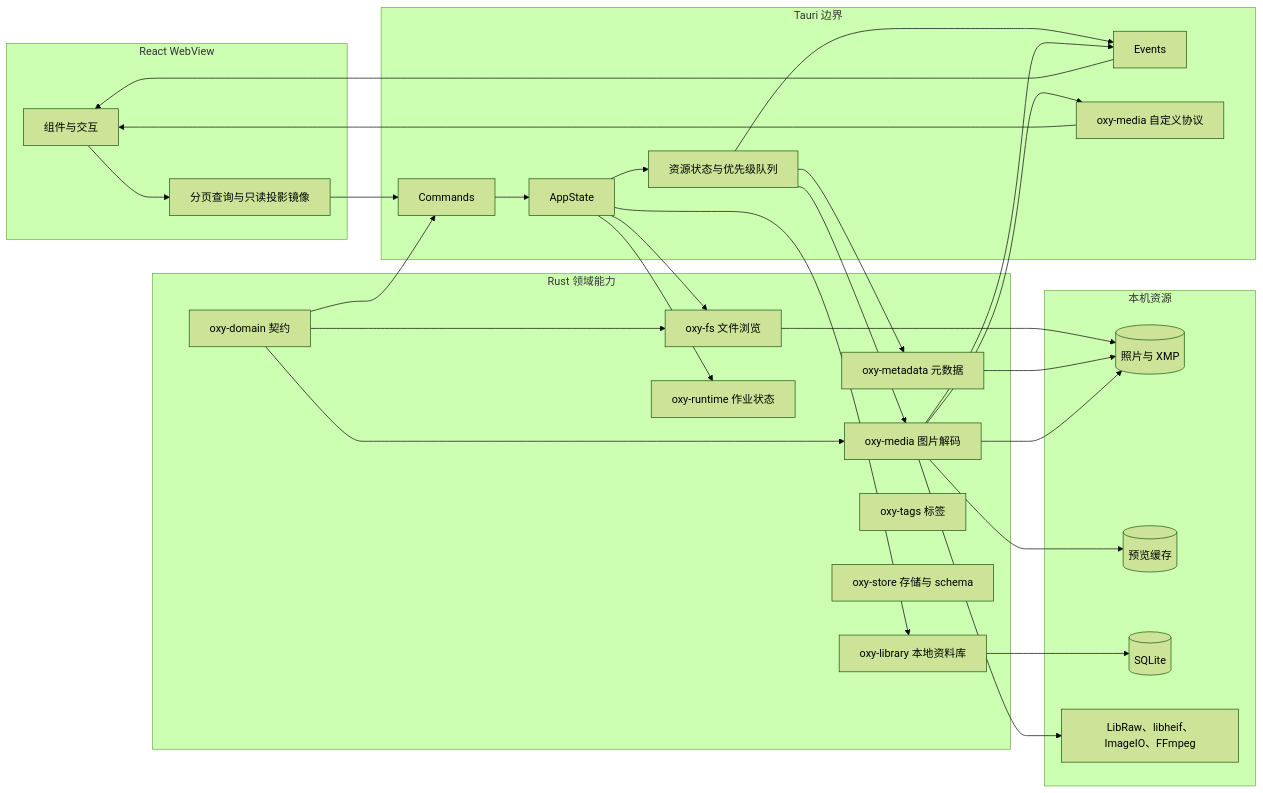
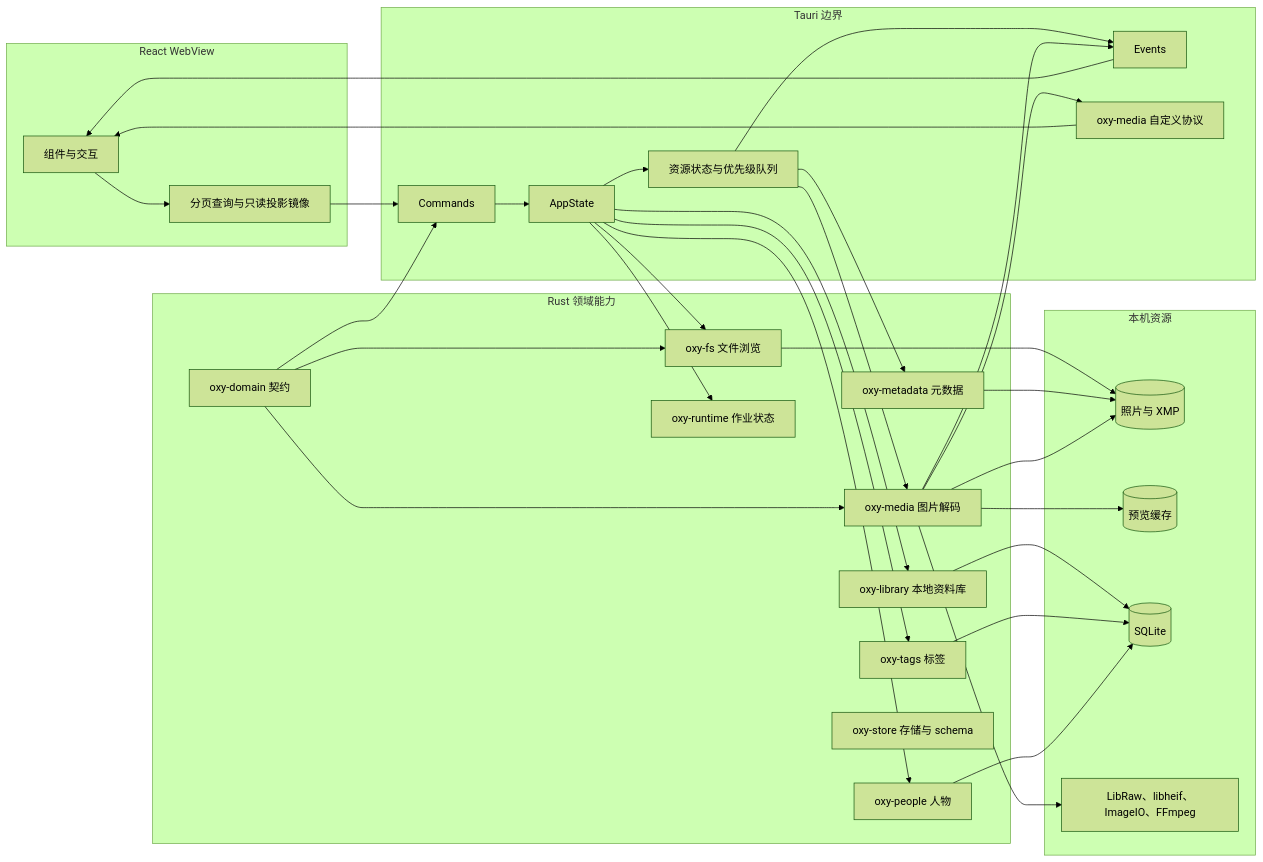
The first of 3 diagrams in docs/ARCHITECTURE.md (oxygenkun/oxyviewer), drawn with Mermaid (forest theme) before and after one commit. The commit also changed other lines of this file and 39 other files, not shown here.

````diff
--- a/docs/ARCHITECTURE.md
+++ b/docs/ARCHITECTURE.md
@@ -77,57 +77,62 @@
 ```mermaid
 flowchart LR
     subgraph uiLayer["React WebView"]
         reactUi["组件与交互"]
         queryState["分页查询与只读投影镜像"]
     end
 
     subgraph bridgeLayer["Tauri 边界"]
         commands["Commands"]
         events["Events"]
         mediaProtocol["oxy-media 自定义协议"]
         appState["AppState"]
         resourceCoordinator["资源状态与优先级队列"]
     end
 
     subgraph coreLayer["Rust 领域能力"]
         domain["oxy-domain 契约"]
         fsCrate["oxy-fs 文件浏览"]
         mediaCrate["oxy-media 图片解码"]
         metadataCrate["oxy-metadata 元数据"]
         libraryCrate["oxy-library 本地资料库"]
+        peopleCrate["oxy-people 人物"]
         runtimeCrate["oxy-runtime 作业状态"]
         tagsCrate["oxy-tags 标签"]
         storeCrate["oxy-store 存储与 schema"]
     end
 
     subgraph localData["本机资源"]
         photoFiles[("照片与 XMP")]
         previewCache[("预览缓存")]
         sqliteDb[("SQLite")]
         nativeDecoders["LibRaw、libheif、ImageIO、FFmpeg"]
     end
 
     reactUi --> queryState
     queryState --> commands
     events --> reactUi
     mediaProtocol --> reactUi
     commands --> appState
     appState --> resourceCoordinator
     resourceCoordinator --> events
     appState --> fsCrate
     resourceCoordinator --> mediaCrate
     resourceCoordinator --> metadataCrate
     appState --> libraryCrate
+    appState --> tagsCrate
+    appState --> peopleCrate
     appState --> runtimeCrate
     domain --> commands
     domain --> fsCrate
     domain --> mediaCrate
     fsCrate --> photoFiles
     metadataCrate --> photoFiles
     mediaCrate --> photoFiles
     mediaCrate --> previewCache
     mediaCrate --> nativeDecoders
     libraryCrate --> sqliteDb
+    tagsCrate --> sqliteDb
+    peopleCrate --> sqliteDb
     mediaCrate --> events
     mediaCrate --> mediaProtocol
 ```
````
